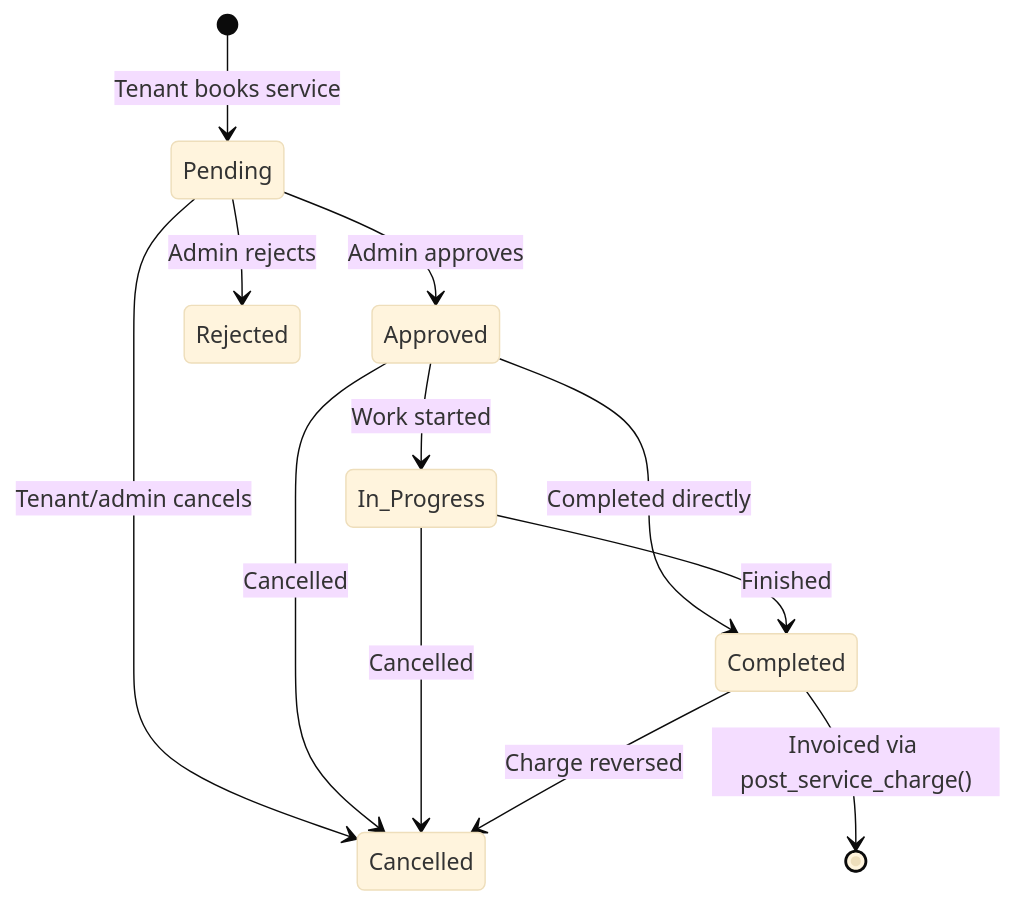
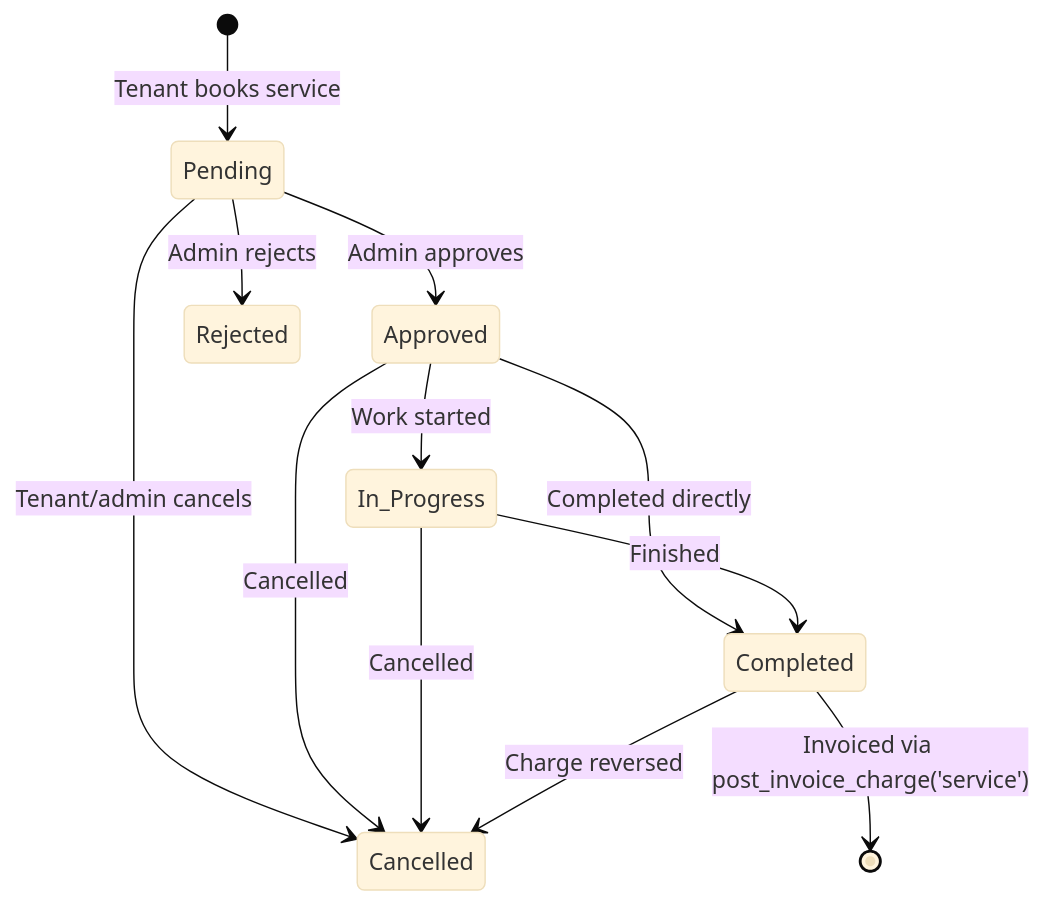
The seventh of 7 diagrams in docs/documentation/api_documentation.md (Keonbe/ApartmentManagementSystem_React), drawn with Mermaid (base theme) before and after one commit. The commit also changed other lines of this file and 45 other files, not shown here.

````diff
--- a/docs/documentation/api_documentation.md
+++ b/docs/documentation/api_documentation.md
@@ -794,14 +795,14 @@
 ```mermaid
 stateDiagram-v2
     [*] --> Pending: Tenant books service
     Pending --> Approved: Admin approves
     Pending --> Rejected: Admin rejects
     Pending --> Cancelled: Tenant/admin cancels
     Approved --> In_Progress: Work started
     Approved --> Completed: Completed directly
     Approved --> Cancelled: Cancelled
     In_Progress --> Completed: Finished
     In_Progress --> Cancelled: Cancelled
     Completed --> Cancelled: Charge reversed
-    Completed --> [*]: Invoiced via post_service_charge()
+    Completed --> [*]: Invoiced via post_invoice_charge('service')
 ```
````
